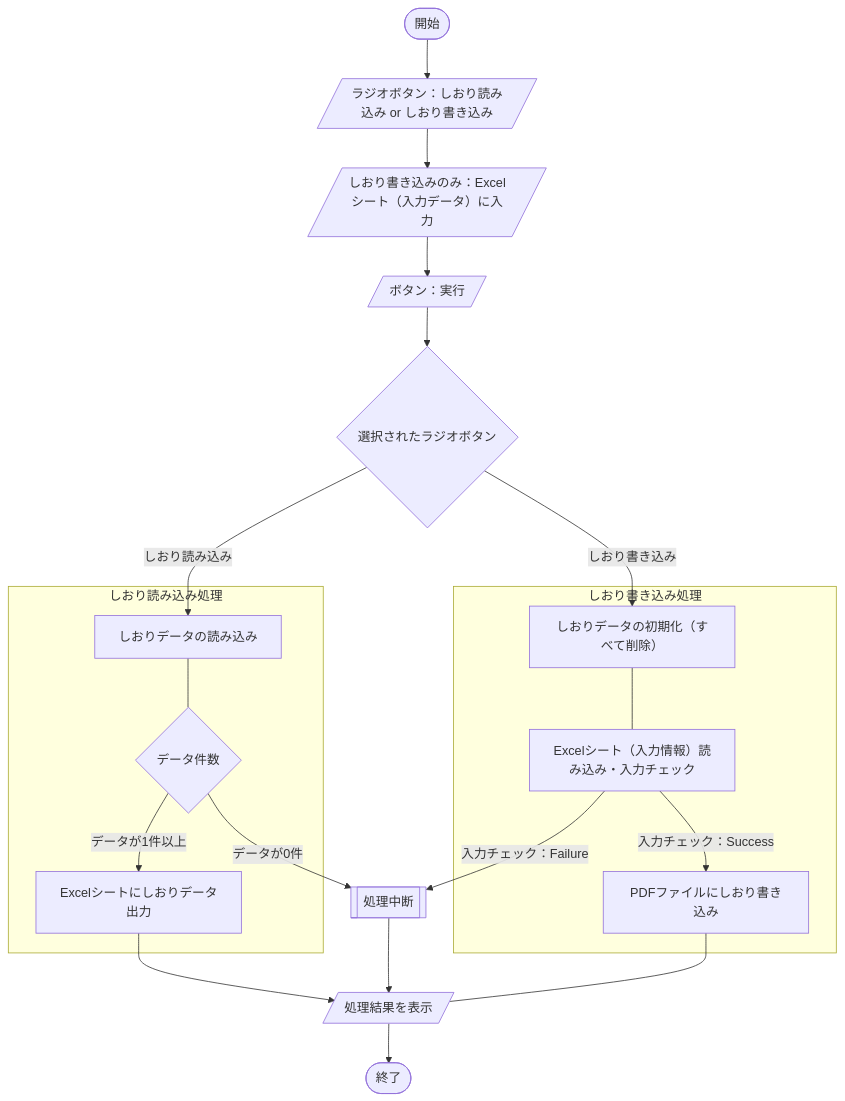
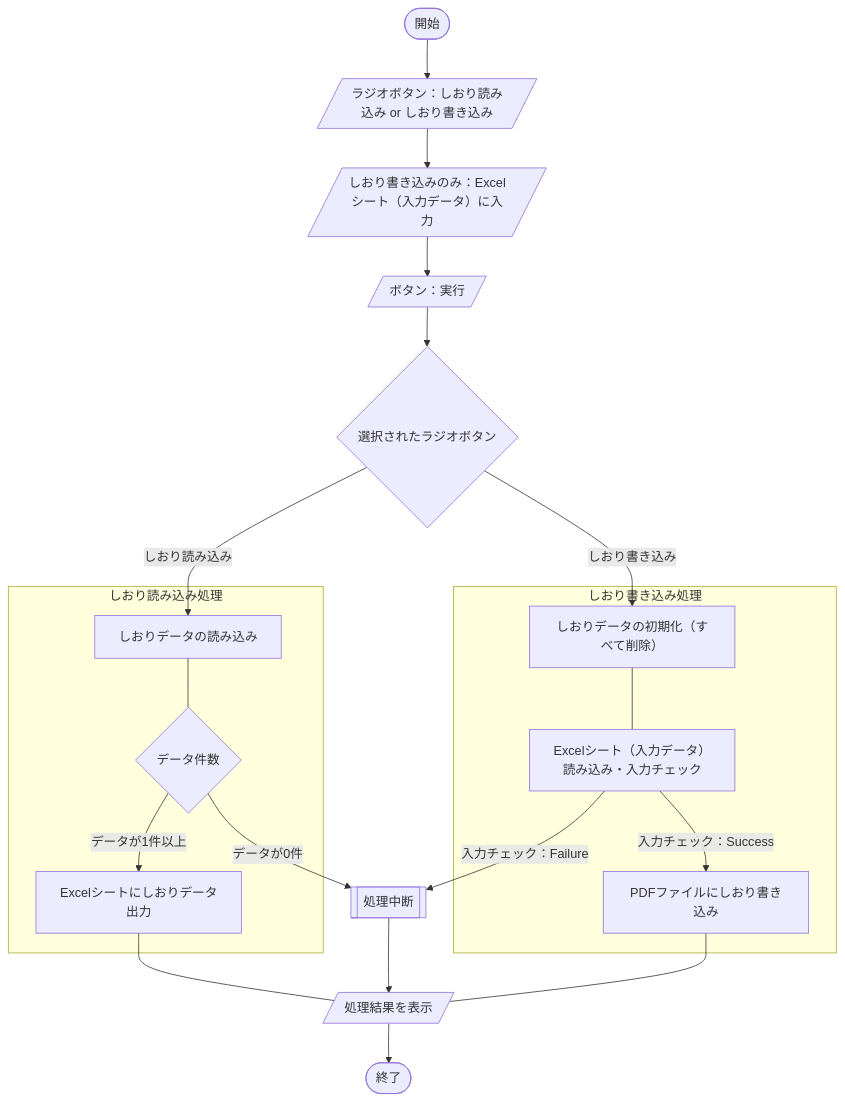
One commit to akiGAMEBOY/haretokidoki_zn changed the diagram in articles/4fe3c9492bb0e2.md. Above: the diagram before and after it, drawn with Mermaid. The commit also changed other lines of this file and 1 other file, not shown here.

````diff
--- a/articles/4fe3c9492bb0e2.md
+++ b/articles/4fe3c9492bb0e2.md
@@ -69,23 +69,23 @@
 ```mermaid
 flowchart TB
     A(["開始"]) --> B[/"ラジオボタン：しおり読み込み or しおり書き込み"/]
     B --> C[/"しおり書き込みのみ：Excelシート（入力データ）に入力"/]
     C --> D[/"ボタン：実行"/]
     D --> E{"選択されたラジオボタン"}
     E --> |"しおり読み込み"| F["しおりデータの読み込み"]
     subgraph "しおり読み込み処理"
     F --- G{"データ件数"}
     G --> |"データが1件以上"| H["Excelシートにしおりデータ出力"]
     end
-    H -->  M[/"処理結果を表示"/]
+    H ---  M[/"処理結果を表示"/]
     G --> |"データが0件"| I[["処理中断"]]
     I --> M
     E --> |"しおり書き込み"| J["しおりデータの初期化（すべて削除）"]
     subgraph "しおり書き込み処理"
-    J --- K["Excelシート（入力情報）読み込み・入力チェック"]
+    J --- K["Excelシート（入力データ）読み込み・入力チェック"]
     K --> |"入力チェック：Success"| L["PDFファイルにしおり書き込み"]
     end
     K --> |"入力チェック：Failure"| I
     L --- M
     M --> P(["終了"])
 ```
````
